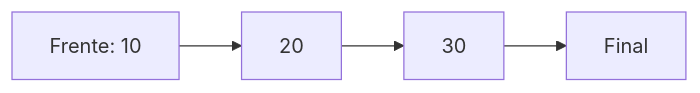
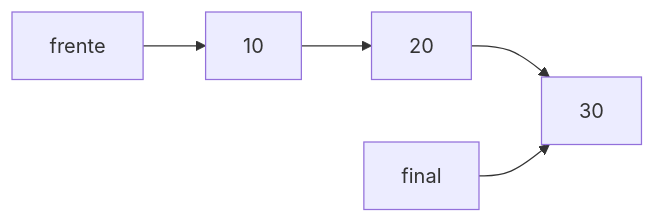
One commit to djaimej/computer-science-template changed the diagram in public/documents/semester-2/2/2281.md. Above: the diagram before and after it, drawn with Mermaid. The commit also changed 44 other files, not shown here.

````diff
--- a/public/documents/semester-2/2/2281.md
+++ b/public/documents/semester-2/2/2281.md
@@ -110,4 +110,5 @@
 ```mermaid
 flowchart LR
-    A[Frente: 10] --> B[20] --> C[30] --> D[Final]
+    F[frente] --> A[10] --> B[20] --> C[30]
+    L[final] --> C
 ```
````
